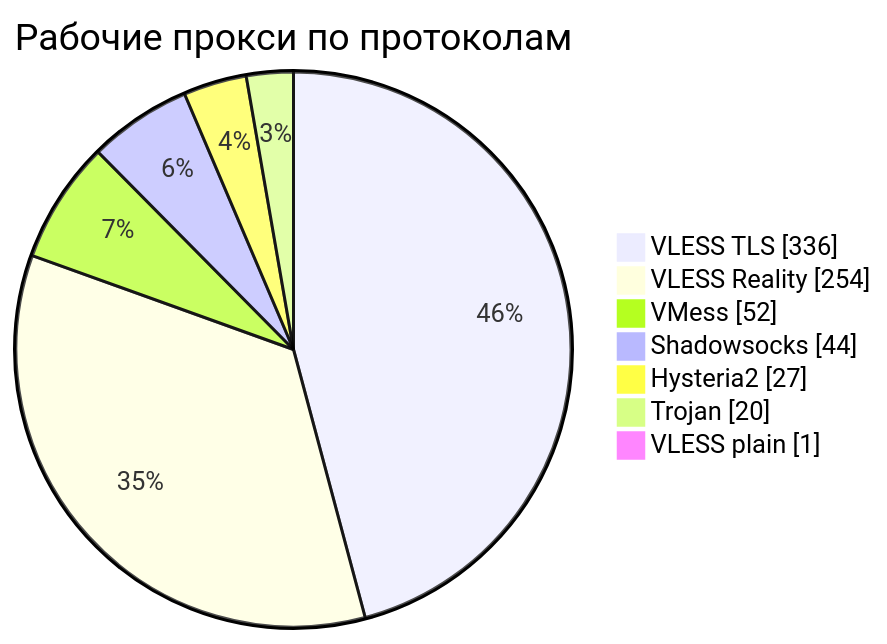
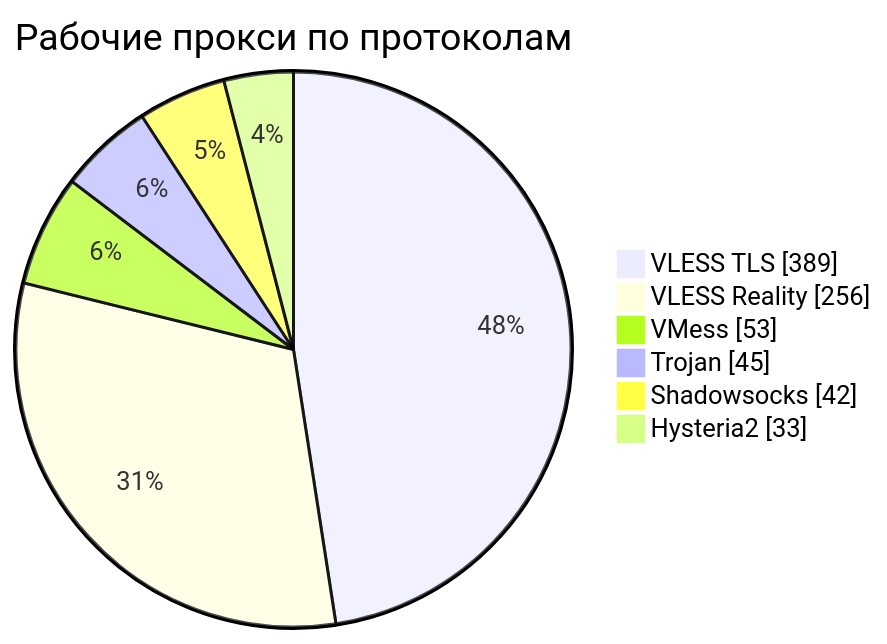
The third of 4 diagrams in README.md (rvvg/proxy-subs), drawn with Mermaid before and after one commit. The commit also changed other lines of this file and 48 other files, not shown here.

````diff
--- a/README.md
+++ b/README.md
@@ -137,11 +135,10 @@
 ```mermaid
 pie showData
     title Рабочие прокси по протоколам
-    "VLESS TLS" : 336
-    "VLESS Reality" : 254
-    "VMess" : 52
-    "Shadowsocks" : 44
-    "Hysteria2" : 27
-    "Trojan" : 20
-    "VLESS plain" : 1
+    "VLESS TLS" : 389
+    "VLESS Reality" : 256
+    "VMess" : 53
+    "Trojan" : 45
+    "Shadowsocks" : 42
+    "Hysteria2" : 33
 ```
````
